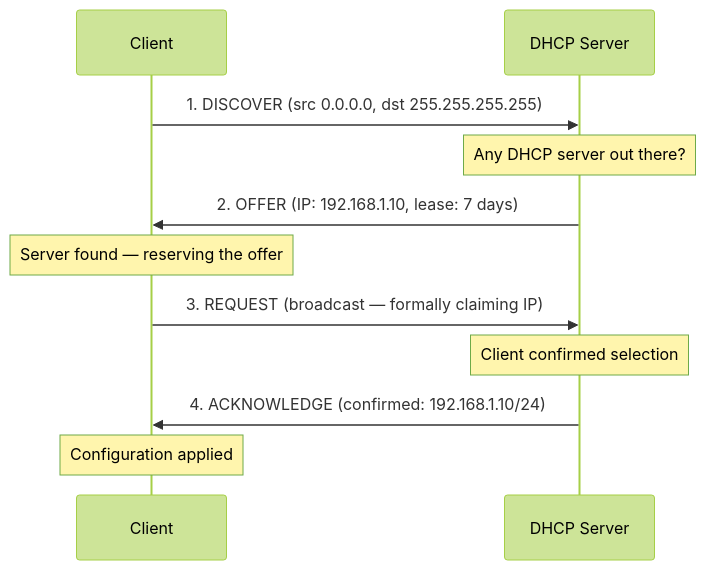
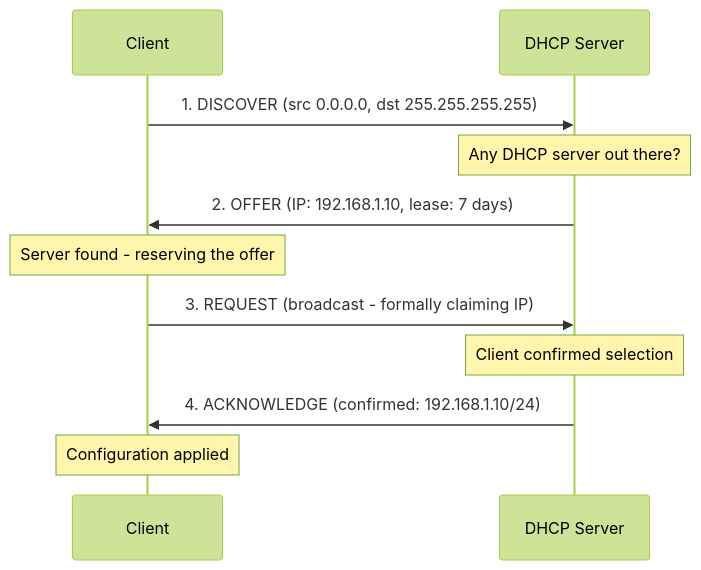
The first of 4 diagrams in book/src/module-12.md (dhanifudin/computer-network), drawn with Mermaid (forest theme) before and after one commit. The commit also changed other lines of this file and 38 other files, not shown here.

````diff
--- a/book/src/module-12.md
+++ b/book/src/module-12.md
@@ -49,13 +49,13 @@
 ```mermaid
 sequenceDiagram
     participant C as Client
     participant S as DHCP Server
     C->>S: 1. DISCOVER (src 0.0.0.0, dst 255.255.255.255)
     Note over S: Any DHCP server out there?
     S->>C: 2. OFFER (IP: 192.168.1.10, lease: 7 days)
-    Note over C: Server found — reserving the offer
-    C->>S: 3. REQUEST (broadcast — formally claiming IP)
+    Note over C: Server found - reserving the offer
+    C->>S: 3. REQUEST (broadcast - formally claiming IP)
     Note over S: Client confirmed selection
     S->>C: 4. ACKNOWLEDGE (confirmed: 192.168.1.10/24)
     Note over C: Configuration applied
 ```
````
